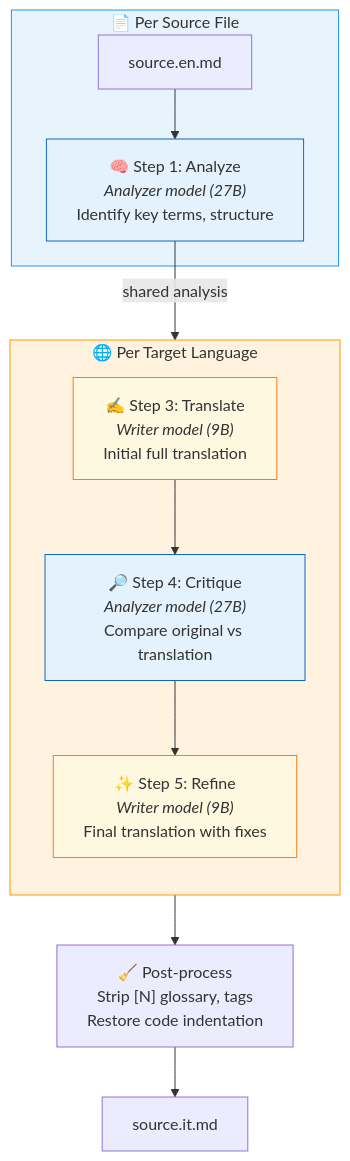
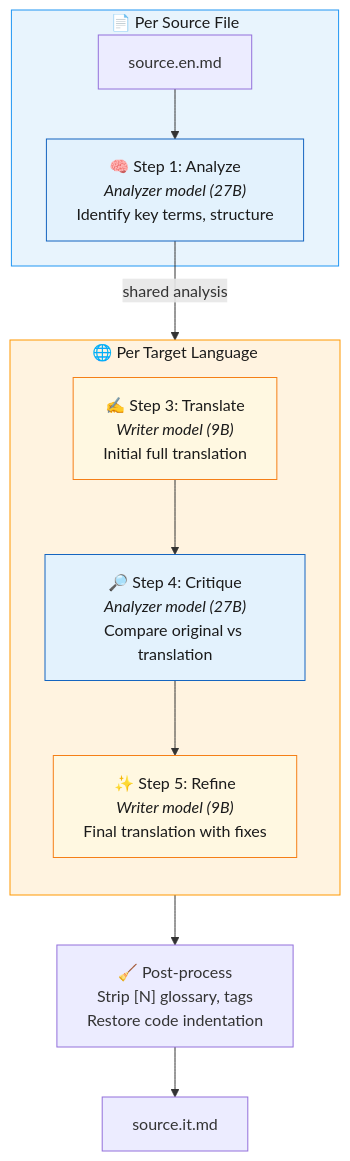
The first of 4 diagrams in mkdocs_src/docs/developer/docs/translation-pipeline.md (Librefolio/LibreFolio), drawn with Mermaid before and after one commit. The commit also changed other lines of this file and 2 other files, not shown here.

Commit message:
fix(docs): diagram text colour in the backend and docs pipeline pages

````diff
--- a/mkdocs_src/docs/developer/docs/translation-pipeline.md
+++ b/mkdocs_src/docs/developer/docs/translation-pipeline.md
@@ -60,28 +60,28 @@
 ```mermaid
 flowchart TB
     subgraph per_file["📄 Per Source File"]
         source["source.en.md"]
         analyze["🧠 Step 1: Analyze<br/><i>Analyzer model (27B)</i><br/>Identify key terms, structure"]
         source --> analyze
     end
 
     subgraph per_lang["🌐 Per Target Language"]
         direction TB
         translate["✍️ Step 3: Translate<br/><i>Writer model (9B)</i><br/>Initial full translation"]
         critique["🔎 Step 4: Critique<br/><i>Analyzer model (27B)</i><br/>Compare original vs translation"]
         refine["✨ Step 5: Refine<br/><i>Writer model (9B)</i><br/>Final translation with fixes"]
         translate --> critique --> refine
     end
 
     analyze -->|"shared analysis"| per_lang
 
     refine --> clean["🧹 Post-process<br/>Strip [N] glossary, tags<br/>Restore code indentation"]
     clean --> output["source.it.md"]
 
-    style per_file fill:#e8f4fd,stroke:#2196f3
-    style per_lang fill:#fff3e0,stroke:#ff9800
-    style analyze fill:#e3f2fd,stroke:#1565c0
-    style critique fill:#e3f2fd,stroke:#1565c0
-    style translate fill:#fff8e1,stroke:#f57f17
-    style refine fill:#fff8e1,stroke:#f57f17
+    style per_file fill:#e8f4fd,color:#1b1b1b,stroke:#2196f3
+    style per_lang fill:#fff3e0,color:#1b1b1b,stroke:#ff9800
+    style analyze fill:#e3f2fd,color:#1b1b1b,stroke:#1565c0
+    style critique fill:#e3f2fd,color:#1b1b1b,stroke:#1565c0
+    style translate fill:#fff8e1,color:#1b1b1b,stroke:#f57f17
+    style refine fill:#fff8e1,color:#1b1b1b,stroke:#f57f17
 ```
````
